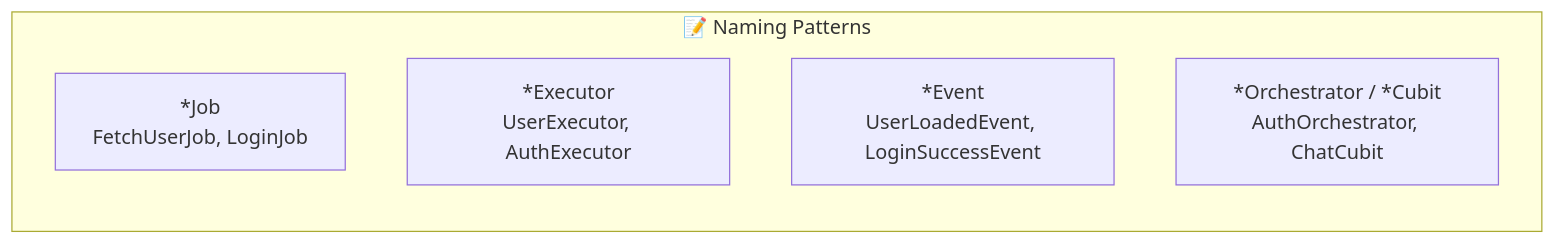
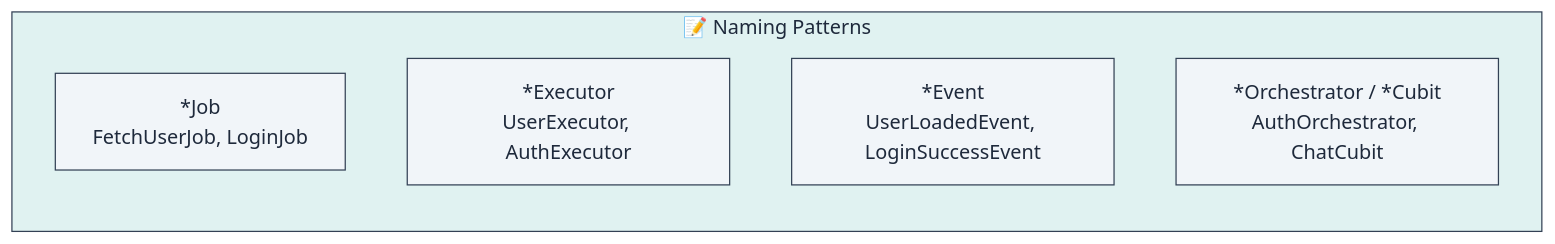
One commit to lploc94/flutter_orchestrator changed the fourth of 14 diagrams in book/chapters/07_best_practices.md. Above: the diagram before and after it, drawn with Mermaid. The commit also changed other lines of this file and 4 other files, not shown here.

````diff
--- a/book/chapters/07_best_practices.md
+++ b/book/chapters/07_best_practices.md
@@ -121,9 +145,15 @@
 ```mermaid
 graph LR
     subgraph Naming["📝 Naming Patterns"]
         Jobs["*Job<br/>FetchUserJob, LoginJob"]
         Executors["*Executor<br/>UserExecutor, AuthExecutor"]
         Events["*Event<br/>UserLoadedEvent, LoginSuccessEvent"]
         Orchestrators["*Orchestrator / *Cubit<br/>AuthOrchestrator, ChatCubit"]
     end
+    
+    style Naming fill:#e0f2f1,stroke:#334155,color:#1e293b
+    style Jobs fill:#f1f5f9,stroke:#334155,color:#1e293b
+    style Executors fill:#f1f5f9,stroke:#334155,color:#1e293b
+    style Events fill:#f1f5f9,stroke:#334155,color:#1e293b
+    style Orchestrators fill:#f1f5f9,stroke:#334155,color:#1e293b
 ```
````
